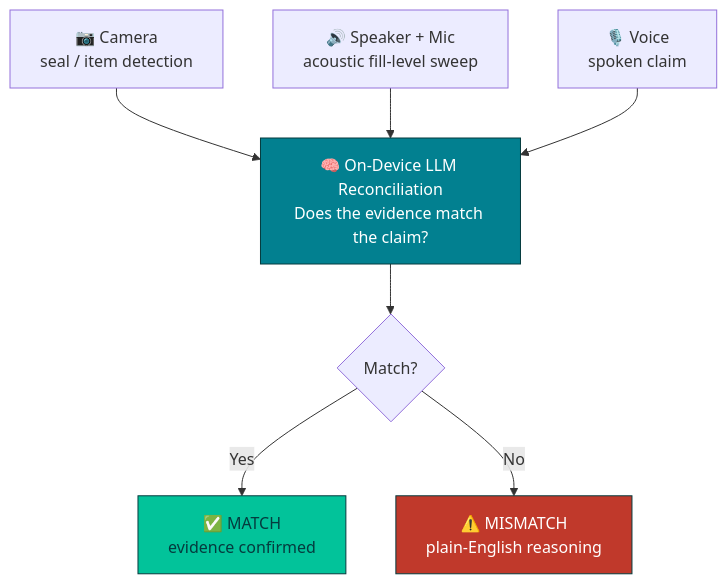
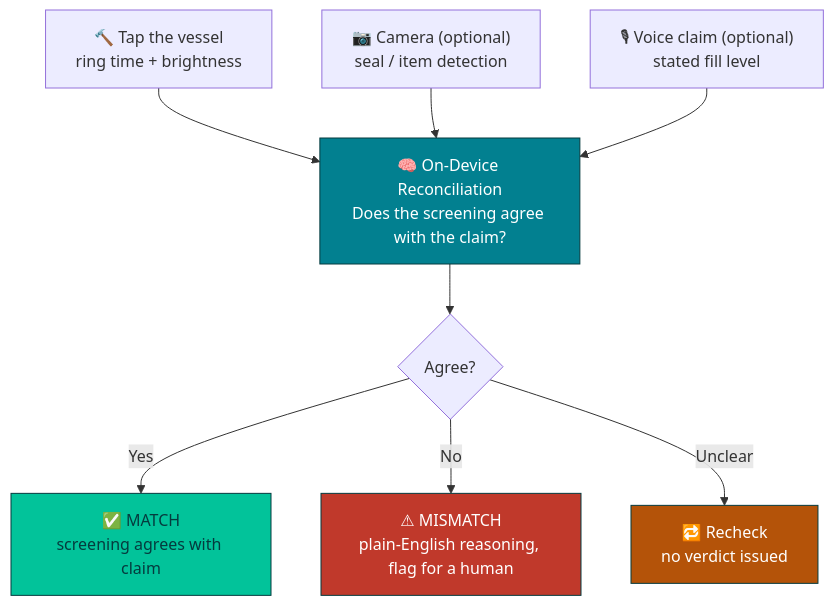
Before and after one commit to kumarshivesh465-hue/GroundTruth: the diagram in README.md, drawn with Mermaid. The commit also changed other lines of this file and 28 other files, not shown here.

````diff
--- a/README.md
+++ b/README.md
@@ -42,13 +51,15 @@
 ```mermaid
 flowchart TD
-    A["📷 Camera<br/>seal / item detection"] --> D
-    B["🔊 Speaker + Mic<br/>acoustic fill-level sweep"] --> D
-    C["🎙️ Voice<br/>spoken claim"] --> D
-    D["🧠 On-Device LLM Reconciliation<br/>Does the evidence match the claim?"] --> E{Match?}
-    E -->|Yes| F["✅ MATCH<br/>evidence confirmed"]
-    E -->|No| G["⚠️ MISMATCH<br/>plain-English reasoning"]
+    A["🔨 Tap the vessel<br/>ring time + brightness"] --> D
+    B["📷 Camera (optional)<br/>seal / item detection"] --> D
+    C["🎙 Voice claim (optional)<br/>stated fill level"] --> D
+    D["🧠 On-Device Reconciliation<br/>Does the screening agree with the claim?"] --> E{Agree?}
+    E -->|Yes| F["✅ MATCH<br/>screening agrees with claim"]
+    E -->|No| G["⚠ MISMATCH<br/>plain-English reasoning, flag for a human"]
+    E -->|Unclear| H["🔁 Recheck<br/>no verdict issued"]
 
     style D fill:#028090,color:#fff,stroke:#053B3E
     style F fill:#02C39A,color:#053B3E,stroke:#053B3E
     style G fill:#C0392B,color:#fff,stroke:#053B3E
+    style H fill:#B45309,color:#fff,stroke:#053B3E
 ```
````
